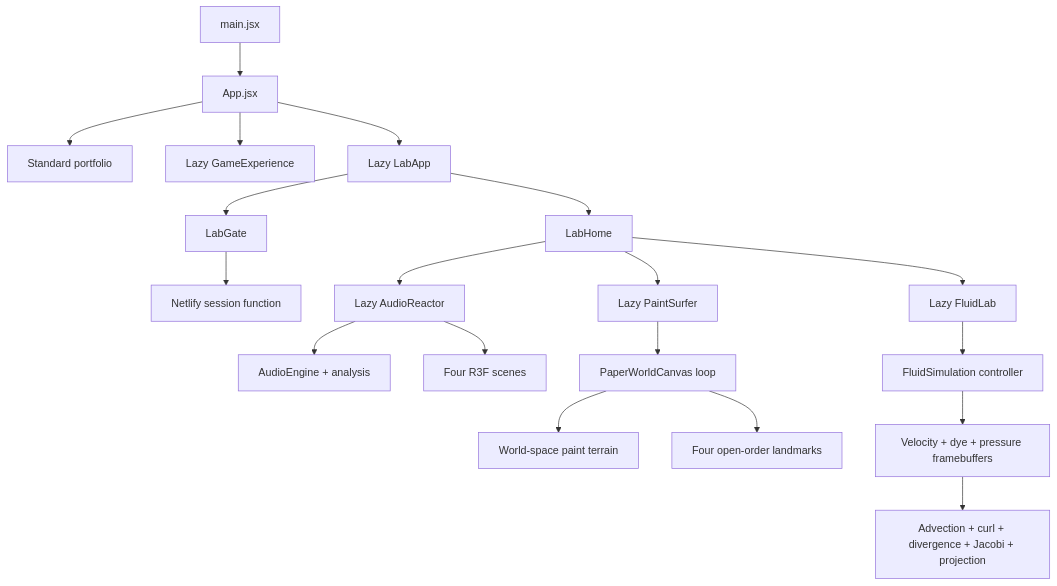
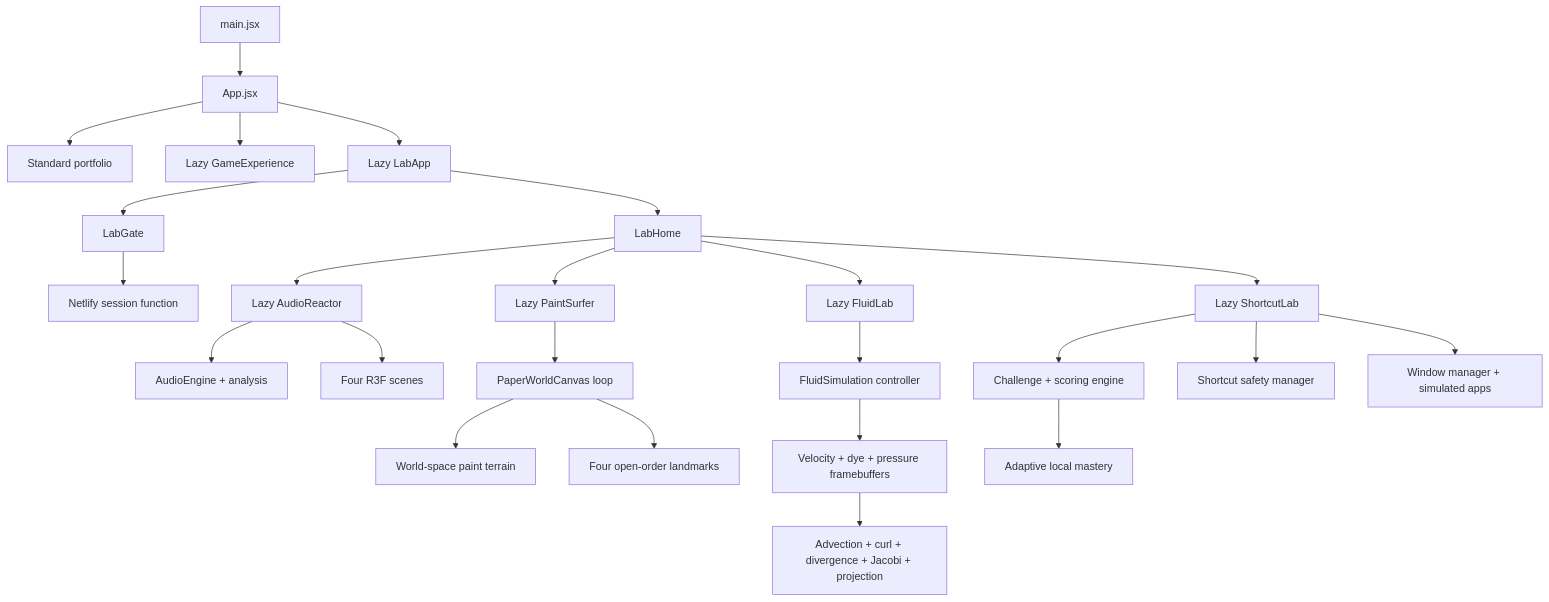
Before and after one commit to Priitivi/Portfolio: the diagram in README.md, drawn with Mermaid. The commit also changed other lines of this file, not shown here.

Commit message:
docs: document shortcut lab architecture

````diff
--- a/README.md
+++ b/README.md
@@ -49,21 +50,26 @@
 ```mermaid
 flowchart TD
     Entry[main.jsx] --> App[App.jsx]
     App --> Portfolio[Standard portfolio]
     App --> Fighter[Lazy GameExperience]
     App --> Lab[Lazy LabApp]
     Lab --> Gate[LabGate]
     Gate --> Session[Netlify session function]
     Lab --> Dashboard[LabHome]
     Dashboard --> Reactor[Lazy AudioReactor]
     Dashboard --> Painter[Lazy PaintSurfer]
     Dashboard --> Fluid[Lazy FluidLab]
+    Dashboard --> Shortcuts[Lazy ShortcutLab]
     Reactor --> WebAudio[AudioEngine + analysis]
     Reactor --> ReactorScene[Four R3F scenes]
     Painter --> PaperCanvas[PaperWorldCanvas loop]
     PaperCanvas --> Drawing[World-space paint terrain]
     PaperCanvas --> Story[Four open-order landmarks]
     Fluid --> Solver[FluidSimulation controller]
     Solver --> Fields[Velocity + dye + pressure framebuffers]
     Fields --> Passes[Advection + curl + divergence + Jacobi + projection]
+    Shortcuts --> ShortcutEngine[Challenge + scoring engine]
+    Shortcuts --> SafeInput[Shortcut safety manager]
+    Shortcuts --> FakeDesktop[Window manager + simulated apps]
+    ShortcutEngine --> LocalMastery[Adaptive local mastery]
 ```
````
